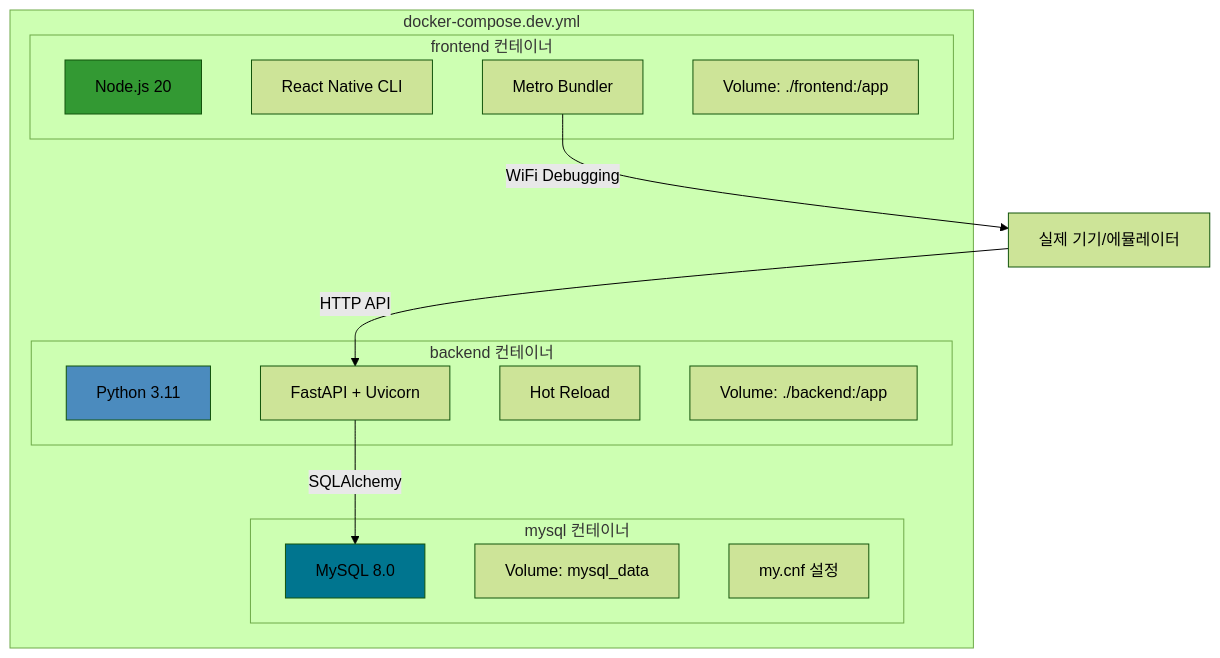
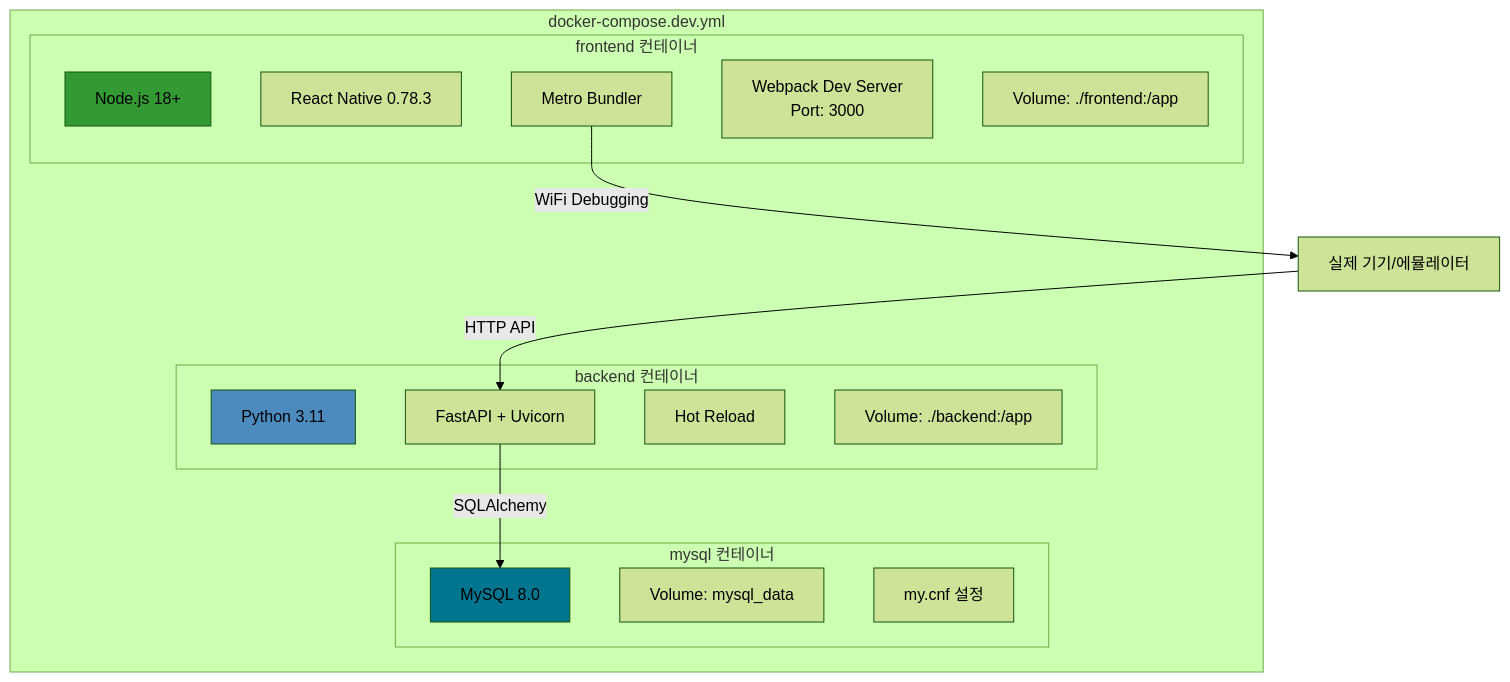
The fourth of 7 diagrams in docs/ARCHITECTURE.md (kimyeonghoon/fullstack_template), drawn with Mermaid (forest theme) before and after one commit. The commit also changed other lines of this file and 3 other files, not shown here.

First line of the commit message:
docs: update documentation to reflect React Native 0.78.3 and React Native Web

````diff
--- a/docs/ARCHITECTURE.md
+++ b/docs/ARCHITECTURE.md
@@ -135,32 +138,33 @@
 ```mermaid
 graph TB
     subgraph "docker-compose.dev.yml"
         subgraph "backend 컨테이너"
             B1[Python 3.11]
             B2[FastAPI + Uvicorn]
             B3[Hot Reload]
             B4[Volume: ./backend:/app]
         end
 
         subgraph "frontend 컨테이너"
-            F1[Node.js 20]
-            F2[React Native CLI]
+            F1[Node.js 18+]
+            F2[React Native 0.78.3]
             F3[Metro Bundler]
-            F4[Volume: ./frontend:/app]
+            F4[Webpack Dev Server<br/>Port: 3000]
+            F5[Volume: ./frontend:/app]
         end
 
         subgraph "mysql 컨테이너"
             M1[MySQL 8.0]
             M2[Volume: mysql_data]
             M3[my.cnf 설정]
         end
     end
 
     B2 -->|SQLAlchemy| M1
     F3 -->|WiFi Debugging| Device[실제 기기/에뮬레이터]
     Device -->|HTTP API| B2
 
     style B1 fill:#4B8BBE
     style F1 fill:#339933
     style M1 fill:#00758F
 ```
````
